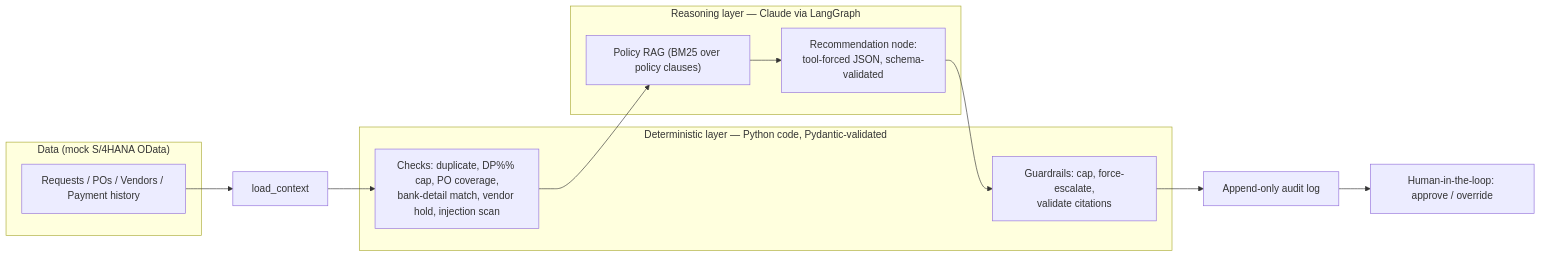
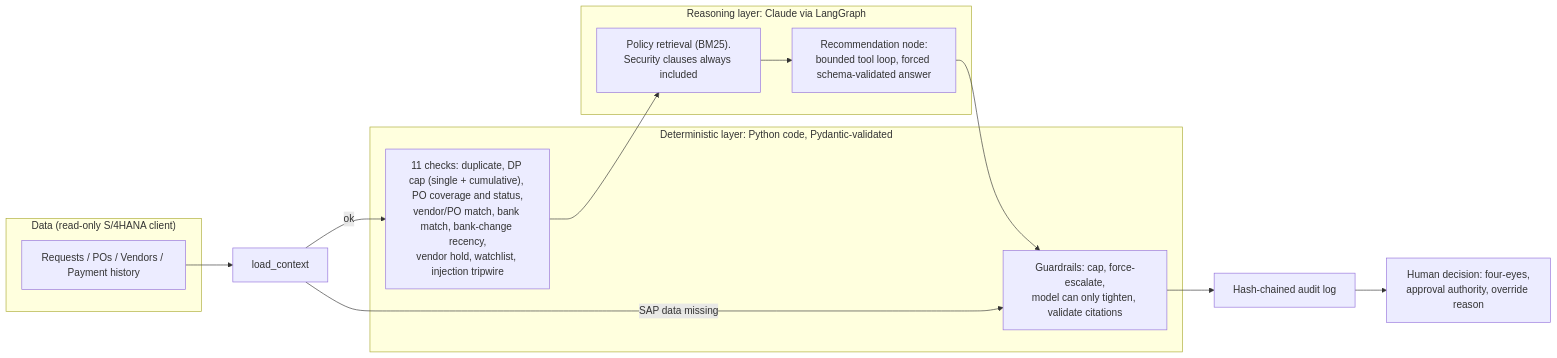
Before and after one commit to vaibhavaaditya/downpayment-approval-agent: the diagram in README.md, drawn with Mermaid. The commit also changed other lines of this file and 47 other files, not shown here.

````diff
--- a/README.md
+++ b/README.md
@@ -14,17 +16,18 @@
 ```mermaid
 flowchart LR
-    subgraph sources["Data (mock S/4HANA OData)"]
+    subgraph sources["Data (read-only S/4HANA client)"]
         SAP["Requests / POs / Vendors / Payment history"]
     end
-    subgraph deterministic["Deterministic layer — Python code, Pydantic-validated"]
-        T["Checks: duplicate, DP%% cap, PO coverage,<br/>bank-detail match, vendor hold, injection scan"]
-        G["Guardrails: cap, force-escalate,<br/>validate citations"]
+    subgraph deterministic["Deterministic layer: Python code, Pydantic-validated"]
+        T["11 checks: duplicate, DP cap (single + cumulative), PO coverage and status,<br/>vendor/PO match, bank match, bank-change recency,<br/>vendor hold, watchlist, injection tripwire"]
+        G["Guardrails: cap, force-escalate,<br/>model can only tighten, validate citations"]
     end
-    subgraph probabilistic["Reasoning layer — Claude via LangGraph"]
-        P["Policy RAG (BM25 over policy clauses)"]
-        L["Recommendation node:<br/>tool-forced JSON, schema-validated"]
+    subgraph probabilistic["Reasoning layer: Claude via LangGraph"]
+        P["Policy retrieval (BM25).<br/>Security clauses always included"]
+        L["Recommendation node:<br/>bounded tool loop, forced schema-validated answer"]
     end
     SAP --> N1["load_context"]
-    N1 --> T --> P --> L --> G --> A["Append-only audit log"]
-    A --> H["Human-in-the-loop: approve / override"]
+    N1 -->|ok| T --> P --> L --> G --> A["Hash-chained audit log"]
+    N1 -->|SAP data missing| G
+    A --> H["Human decision: four-eyes,<br/>approval authority, override reason"]
 ```
````
